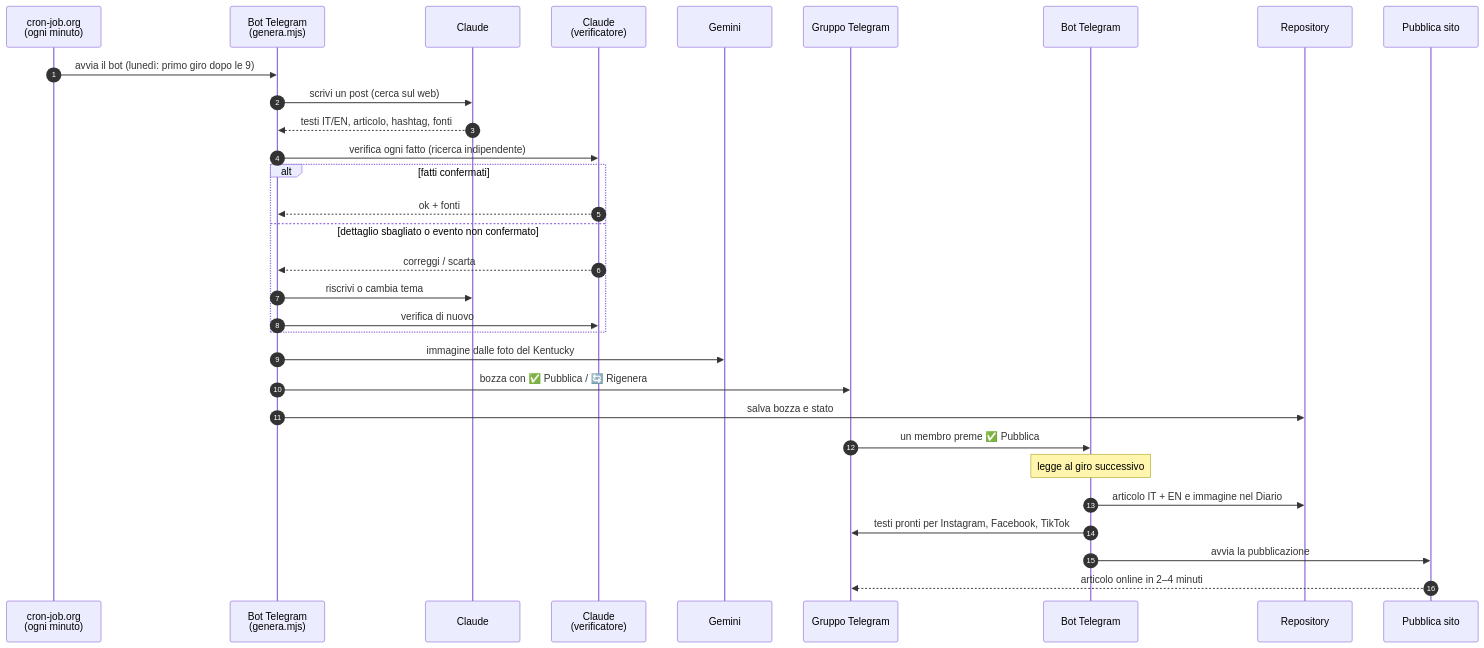
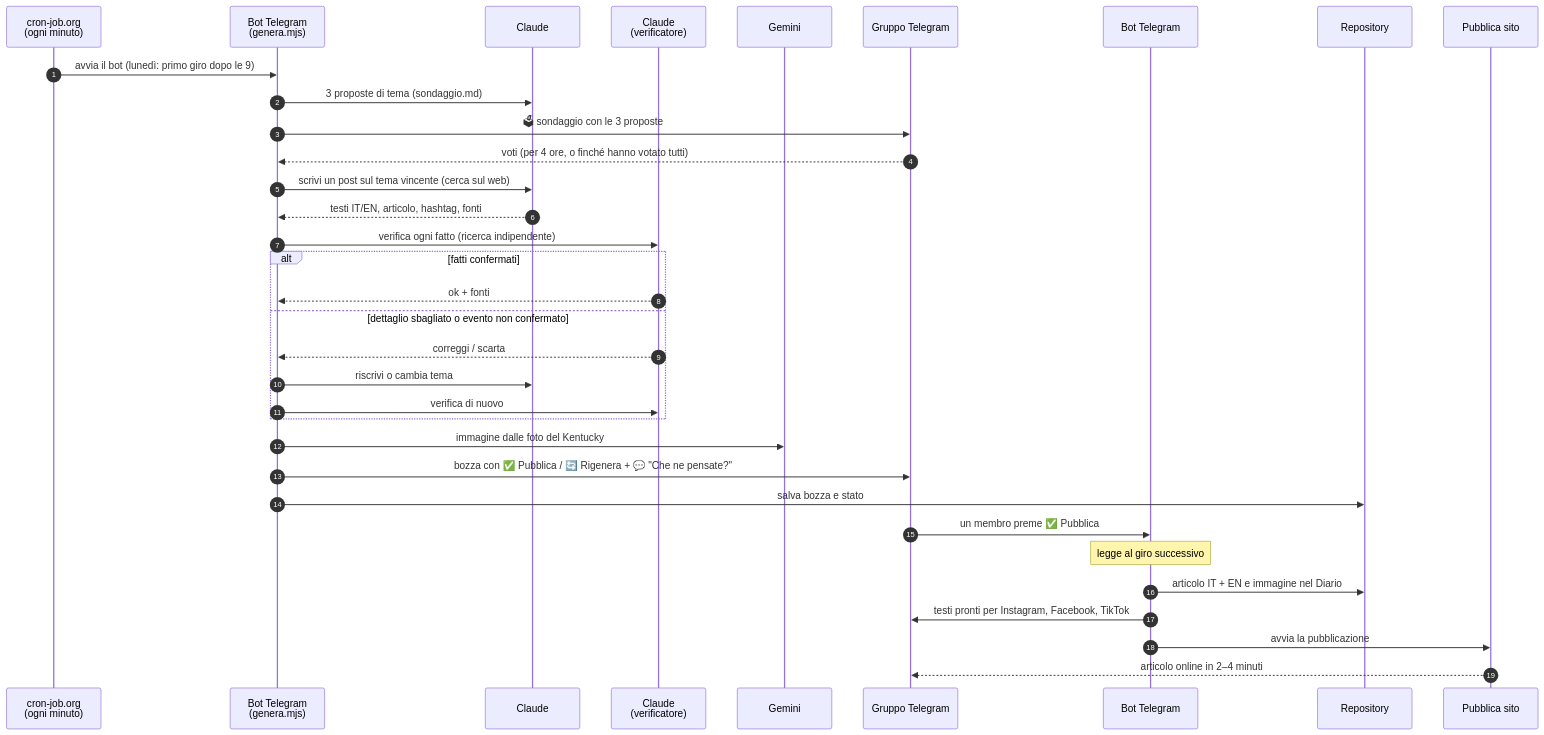
One commit to mistraliagianluca/mistraliagianluca.github.io changed the second of 4 diagrams in docs/01-architettura.md. Above: the diagram before and after it, drawn with Mermaid. The commit also changed other lines of this file and 43 other files, not shown here.

Commit message:
Bot interattivo (radar, sondaggio, 💬), pannello riorganizzato, Diario con tipi e 6 articoli

````diff
--- a/docs/01-architettura.md
+++ b/docs/01-architettura.md
@@ -63,34 +64,37 @@
 ```mermaid
 sequenceDiagram
     autonumber
     participant S as cron-job.org<br>(ogni minuto)
     participant PS as Bot Telegram<br>(genera.mjs)
     participant C as Claude
     participant V as Claude<br>(verificatore)
     participant G as Gemini
     participant T as Gruppo Telegram
     participant B as Bot Telegram
     participant R as Repository
     participant P as Pubblica sito
 
     S->>PS: avvia il bot (lunedì: primo giro dopo le 9)
-    PS->>C: scrivi un post (cerca sul web)
+    PS->>C: 3 proposte di tema (sondaggio.md)
+    PS->>T: 🗳 sondaggio con le 3 proposte
+    T-->>PS: voti (per 4 ore, o finché hanno votato tutti)
+    PS->>C: scrivi un post sul tema vincente (cerca sul web)
     C-->>PS: testi IT/EN, articolo, hashtag, fonti
     PS->>V: verifica ogni fatto (ricerca indipendente)
     alt fatti confermati
         V-->>PS: ok + fonti
     else dettaglio sbagliato o evento non confermato
         V-->>PS: correggi / scarta
         PS->>C: riscrivi o cambia tema
         PS->>V: verifica di nuovo
     end
     PS->>G: immagine dalle foto del Kentucky
-    PS->>T: bozza con ✅ Pubblica / 🔄 Rigenera
+    PS->>T: bozza con ✅ Pubblica / 🔄 Rigenera + 💬 "Che ne pensate?"
     PS->>R: salva bozza e stato
     T->>B: un membro preme ✅ Pubblica
     Note over B: legge al giro successivo
     B->>R: articolo IT + EN e immagine nel Diario
     B->>T: testi pronti per Instagram, Facebook, TikTok
     B->>P: avvia la pubblicazione
     P-->>T: articolo online in 2–4 minuti
 ```
````
